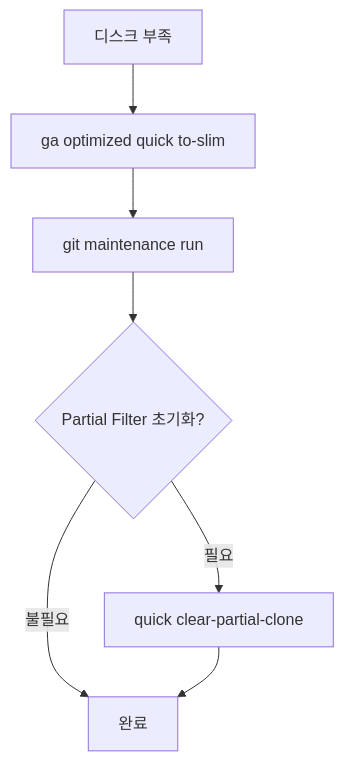
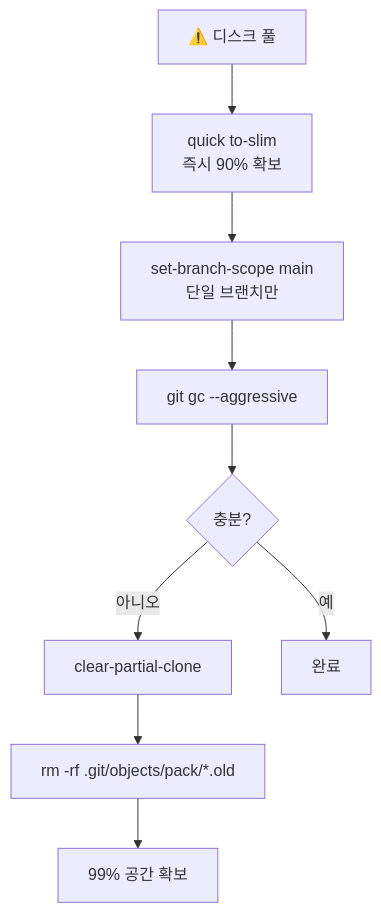
The tenth of 10 diagrams in GIT.WORK.md (yoonhwan-neowiz/homebrew-workingcli), drawn with Mermaid before and after one commit. The commit also changed other lines of this file and 1 other file, not shown here.

First line of the commit message:
docs: Git 최적화 가이드 2.0 업데이트 및 shallow 명령어 도움말 수정

````diff
--- a/GIT.WORK.md
+++ b/GIT.WORK.md
@@ -275,9 +409,11 @@
 ```mermaid
 flowchart TD
-  A[디스크 부족] --> B[ga optimized quick to-slim]
-  B --> C[git maintenance run]
-  C --> D{Partial Filter 초기화?}
-  D -- 필요 --> E[quick clear-partial-clone]
-  D -- 불필요 --> F[완료]
-  E --> F
+  A[⚠️ 디스크 풀] --> B[quick to-slim<br/>즉시 90% 확보]
+  B --> C[set-branch-scope main<br/>단일 브랜치만]
+  C --> D[git gc --aggressive]
+  D --> E{충분?}
+  E -->|아니오| F[clear-partial-clone]
+  E -->|예| G[완료]
+  F --> H[rm -rf .git/objects/pack/*.old]
+  H --> I[99% 공간 확보]
 ```
````
